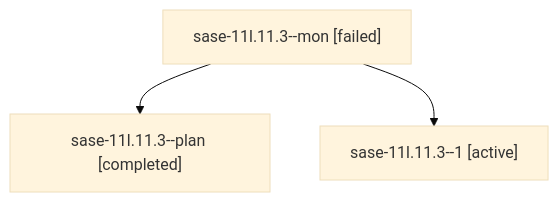
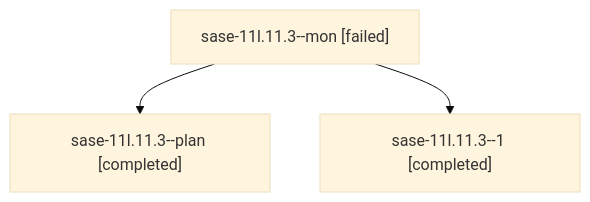
Before and after one commit to sase-org/sase--agents: the diagram in families/bbugyi200.athena.sase-11l.11.3.md, drawn with Mermaid (base theme). The commit also changed other lines of this file and 199 other files, not shown here.

````diff
--- a/families/bbugyi200.athena.sase-11l.11.3.md
+++ b/families/bbugyi200.athena.sase-11l.11.3.md
@@ -9,8 +9,8 @@
 ```mermaid
 flowchart TD
   n0["sase-11l.11.3--mon [failed]"]
   n1["sase-11l.11.3--plan [completed]"]
   n0 --> n1
-  n2["sase-11l.11.3--1 [active]"]
+  n2["sase-11l.11.3--1 [completed]"]
   n0 --> n2
 ```
````
